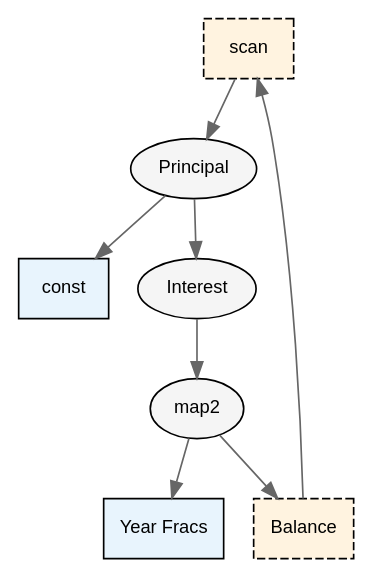
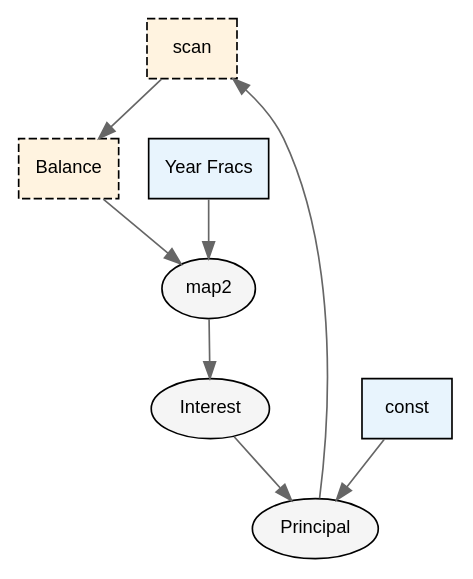
Before and after one commit to tmattio/orcaset-oc: the diagram in next/examples/03-loan-schedule/model.dot, drawn with Graphviz. The commit also changed 10 other files, not shown here.

```diff
--- a/next/examples/03-loan-schedule/model.dot
+++ b/next/examples/03-loan-schedule/model.dot
@@ -1,19 +1,19 @@
 digraph {
   rankdir=TB
   node [fontname="Helvetica" fontsize=11]
   edge [color="#666666"]
   7 [label="scan" shape=box style="filled,dashed" fillcolor="#FFF3E0"]
   6 [label="Principal" shape=ellipse style=filled fillcolor="#F5F5F5"]
   0 [label="const" shape=box style=filled fillcolor="#E8F4FD"]
   5 [label="Interest" shape=ellipse style=filled fillcolor="#F5F5F5"]
   4 [label="map2" shape=ellipse style=filled fillcolor="#F5F5F5"]
   3 [label="Balance" shape=box style="filled,dashed" fillcolor="#FFF3E0"]
   1 [label="Year Fracs" shape=box style=filled fillcolor="#E8F4FD"]
-  7 -> 6
-  6 -> 0
-  6 -> 5
-  5 -> 4
-  4 -> 3
-  3 -> 7
-  4 -> 1
+  6 -> 7
+  0 -> 6
+  5 -> 6
+  4 -> 5
+  3 -> 4
+  7 -> 3
+  1 -> 4
 }
```
